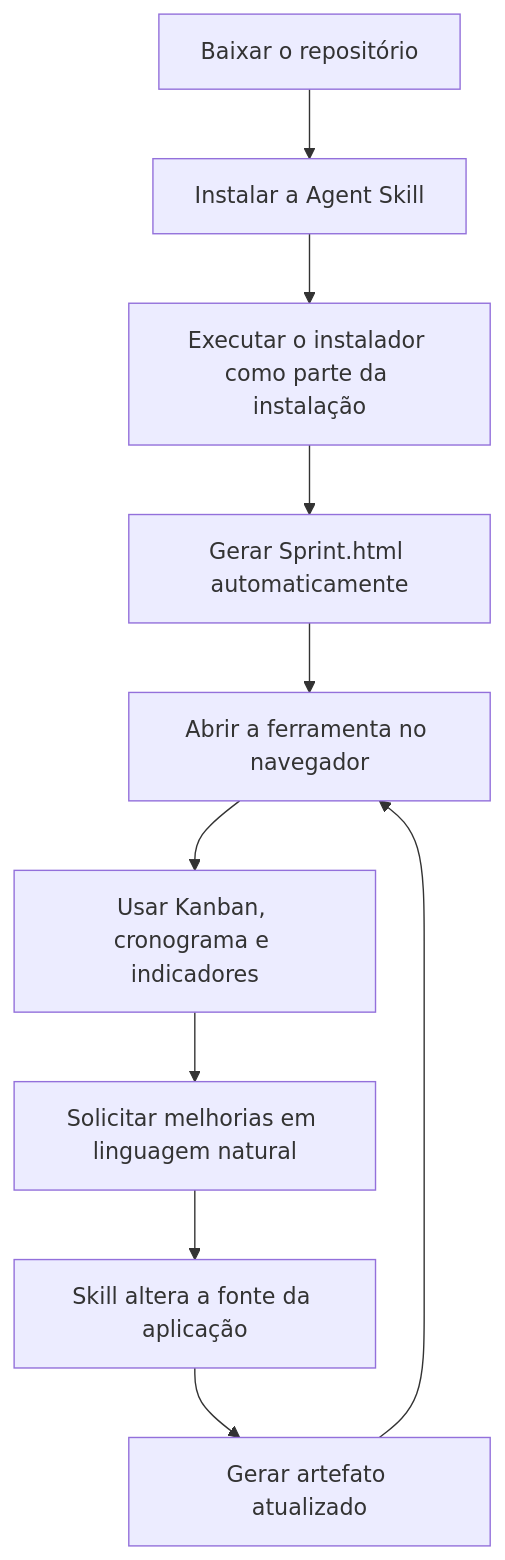
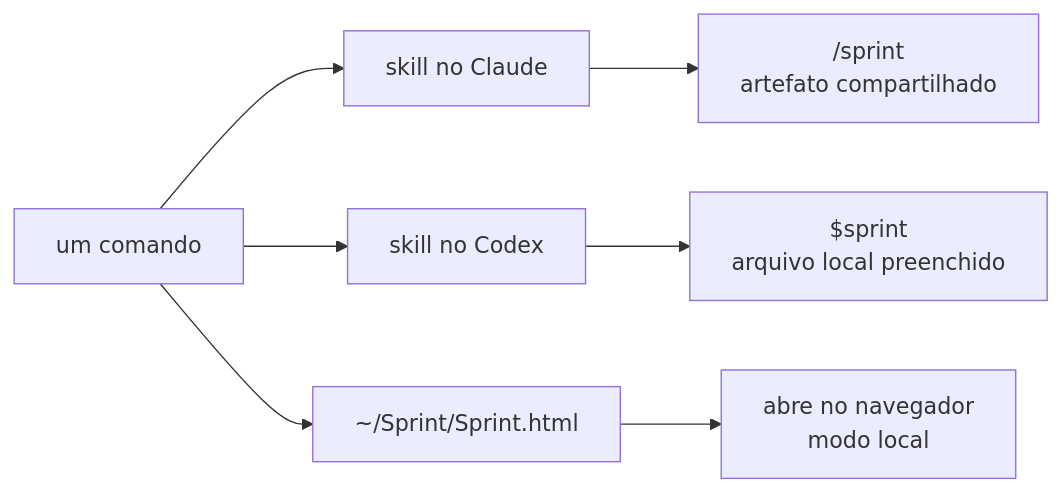
The diagram in README.md (carlos-dataengineer/sprint-gestao-de-tasks), drawn with Mermaid before and after one commit. The commit also changed other lines of this file and 72 other files, not shown here.

First line of the commit message:
feat: v2.0.0 instalável com um comando no Claude e no Codex (#1)

````diff
--- a/README.md
+++ b/README.md
@@ -16,12 +140,9 @@
 ```mermaid
-flowchart TD
-    A[Baixar o repositório] --> B[Instalar a Agent Skill]
-    B --> C[Executar o instalador como parte da instalação]
-    C --> D[Gerar Sprint.html automaticamente]
-    D --> E[Abrir a ferramenta no navegador]
-    E --> F[Usar Kanban, cronograma e indicadores]
-    F --> G[Solicitar melhorias em linguagem natural]
-    G --> H[Skill altera a fonte da aplicação]
-    H --> I[Gerar artefato atualizado]
-    I --> E
+flowchart LR
+    A[um comando] --> B[skill no Claude]
+    A --> C[skill no Codex]
+    A --> D[~/Sprint/Sprint.html]
+    D --> E[abre no navegador<br/>modo local]
+    B --> F["/sprint<br/>artefato compartilhado"]
+    C --> G["$sprint<br/>arquivo local preenchido"]
 ```
````
